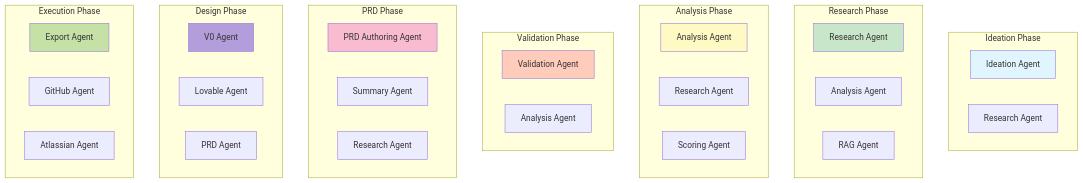
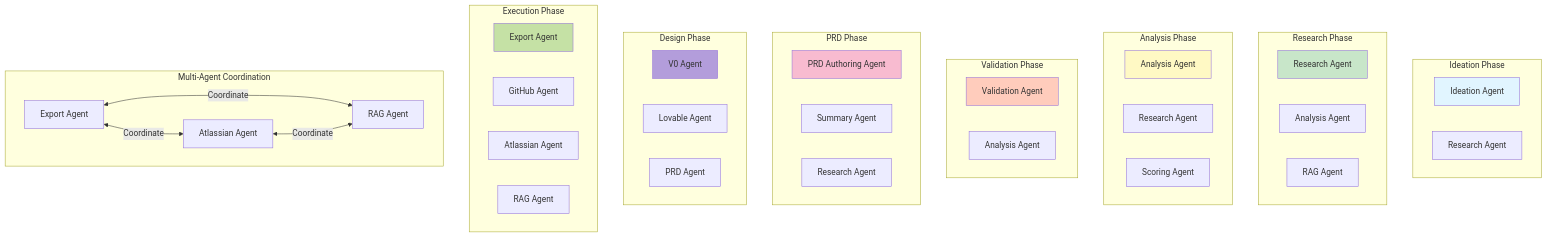
Before and after one commit to soumantrivedi/ideaforge-ai: the sixth of 15 diagrams in docs/architecture/03-complete-application-guide.md, drawn with Mermaid. The commit also changed 1 other file, not shown here.

Commit message:
docs: Add .cursorrules for automatic verification and update phase diagram
- Create .cursorrules file for Cursor AI automatic verification
- Update phase-specific agents diagram to show multi-agent coordination
- Add RAG agent to execution phase
- Add multi-agent coordination subgraph showing Export, Atlassian, RAG coordination

````diff
--- a/docs/architecture/03-complete-application-guide.md
+++ b/docs/architecture/03-complete-application-guide.md
@@ -340,50 +340,60 @@
 ```mermaid
 graph TB
     subgraph "Ideation Phase"
         I1[Ideation Agent]
         I2[Research Agent]
     end
     
     subgraph "Research Phase"
         R1[Research Agent]
         R2[Analysis Agent]
         R3[RAG Agent]
     end
     
     subgraph "Analysis Phase"
         A1[Analysis Agent]
         A2[Research Agent]
         A3[Scoring Agent]
     end
     
     subgraph "Validation Phase"
         V1[Validation Agent]
         V2[Analysis Agent]
     end
     
     subgraph "PRD Phase"
         P1[PRD Authoring Agent]
         P2[Summary Agent]
         P3[Research Agent]
     end
     
     subgraph "Design Phase"
         D1[V0 Agent]
         D2[Lovable Agent]
         D3[PRD Agent]
     end
     
     subgraph "Execution Phase"
         E1[Export Agent]
         E2[GitHub Agent]
         E3[Atlassian Agent]
+        E4[RAG Agent]
+    end
+    
+    subgraph "Multi-Agent Coordination"
+        M1[Export Agent]
+        M2[Atlassian Agent]
+        M3[RAG Agent]
+        M1 <-->|Coordinate| M2
+        M1 <-->|Coordinate| M3
+        M2 <-->|Coordinate| M3
     end
     
     style I1 fill:#e1f5ff
     style R1 fill:#c8e6c9
     style A1 fill:#fff9c4
     style V1 fill:#ffccbc
     style P1 fill:#f8bbd0
     style D1 fill:#b39ddb
     style E1 fill:#c5e1a5
 ```
````
